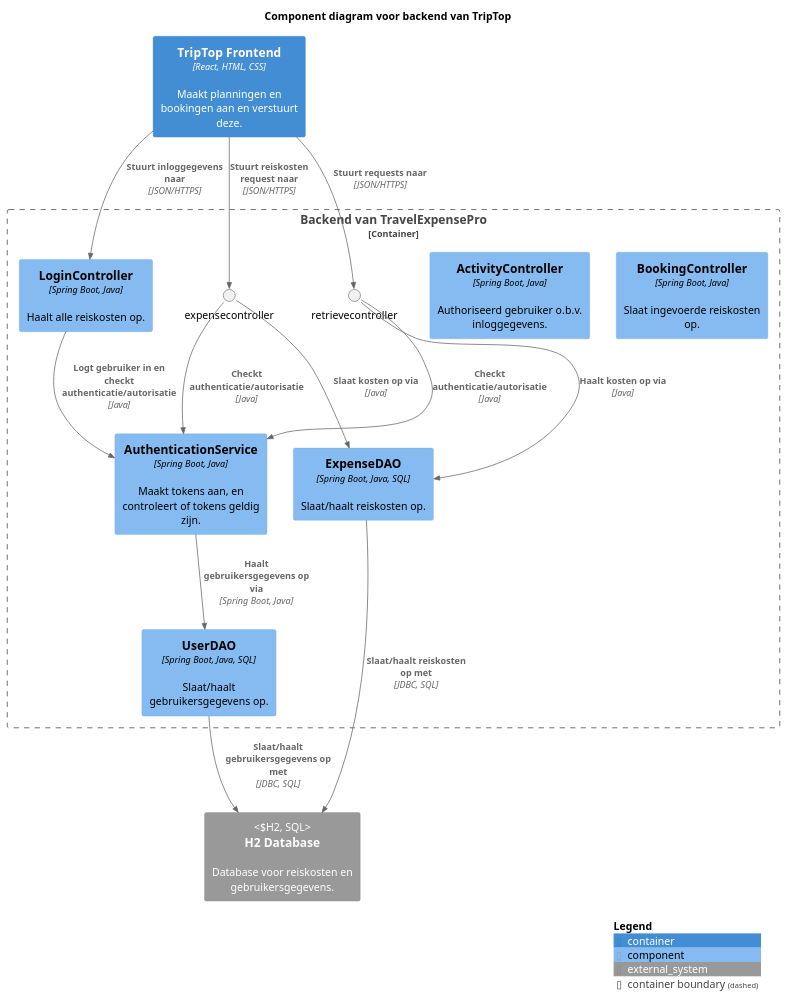
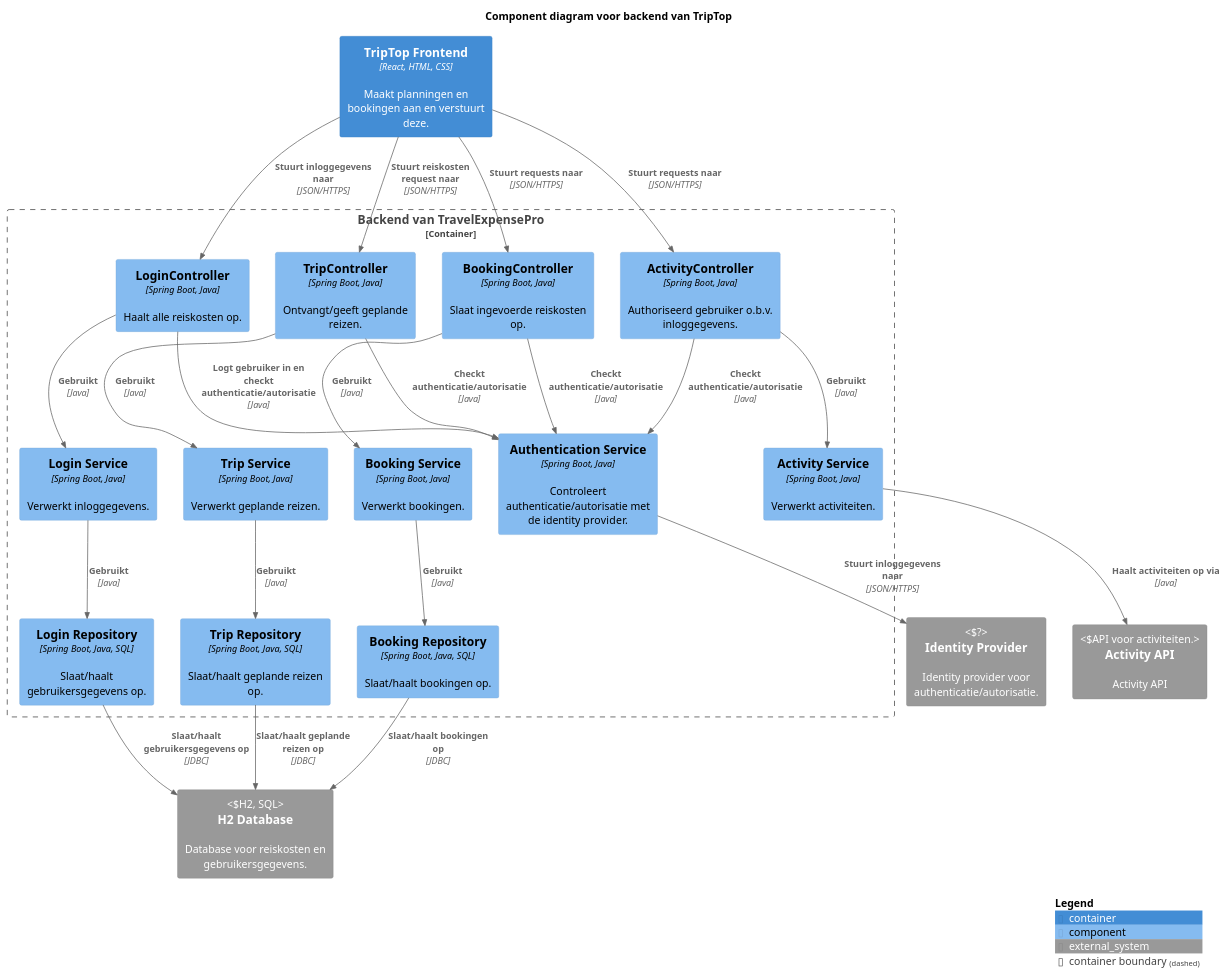
One commit to AIM-ENE-feb25/triptop-groep-b6 changed the diagram in gemaakte-werk-daniel/week-2/les-1/les/TripTop-backend-component.puml. Above: the diagram before and after it, drawn with PlantUML.

Commit message:
backend component diagram voor triptop

```diff
--- a/gemaakte-werk-daniel/week-2/les-1/les/TripTop-backend-component.puml
+++ b/gemaakte-werk-daniel/week-2/les-1/les/TripTop-backend-component.puml
@@ -1,56 +1,61 @@
 @startuml
 !include https://raw.githubusercontent.com/plantuml-stdlib/C4-PlantUML/master/C4_Component.puml
 ' uncomment the following line and comment the first to use locally
 ' !include C4_Component.puml
 
 LAYOUT_WITH_LEGEND()
 
 title Component diagram voor backend van TripTop
 
 Container(frontend, "TripTop Frontend", "React, HTML, CSS", "Maakt planningen en bookingen aan en verstuurt deze.")
 
 Container_Boundary(api, "Backend van TravelExpensePro") {
     Component(bookingcontroller, "BookingController", "Spring Boot, Java", "Slaat ingevoerde reiskosten op.")
     Component(activitycontroller, "ActivityController", "Spring Boot, Java", "Authoriseerd gebruiker o.b.v. inloggegevens.")
     Component(logincontroller, "LoginController", "Spring Boot, Java", "Haalt alle reiskosten op.")
+    Component(tripcontroller, "TripController", "Spring Boot, Java", "Ontvangt/geeft geplande reizen.")
 
-    Component(expensedao, "ExpenseDAO", "Spring Boot, Java, SQL", "Slaat/haalt reiskosten op.")
-    Component(userdao, "UserDAO", "Spring Boot, Java, SQL", "Slaat/haalt gebruikersgegevens op.")
+    Component(bookingsservice, "Booking Service", "Spring Boot, Java", "Verwerkt bookingen.")
+    Component(activityservice, "Activity Service", "Spring Boot, Java", "Verwerkt activiteiten.")
+    Component(loginservice, "Login Service", "Spring Boot, Java", "Verwerkt inloggegevens.")
+    Component(tripsservice, "Trip Service", "Spring Boot, Java", "Verwerkt geplande reizen.")
 
-    Component(authservice, "AuthenticationService", "Spring Boot, Java", "Maakt tokens aan, en controleert of tokens geldig zijn.")
-'    Component(encryptor, "JascryptConfig", "Spring Boot, Java", "Encrypt inloggegevens.")
+    Component(bookingrepo, "Booking Repository", "Spring Boot, Java, SQL", "Slaat/haalt bookingen op.")
+    Component(triprepo, "Trip Repository", "Spring Boot, Java, SQL", "Slaat/haalt geplande reizen op.")
+    Component(loginrepo, "Login Repository", "Spring Boot, Java, SQL", "Slaat/haalt gebruikersgegevens op.")
 
-    Rel(frontend, expensecontroller, "Stuurt reiskosten request naar", "JSON/HTTPS")
-    Rel(frontend, retrievecontroller, "Stuurt requests naar", "JSON/HTTPS")
+    Component(authservice, "Authentication Service", "Spring Boot, Java", "Controleert authenticatie/autorisatie met de identity provider.")
+
+    Rel(frontend, tripcontroller, "Stuurt reiskosten request naar", "JSON/HTTPS")
+    Rel(frontend, bookingcontroller, "Stuurt requests naar", "JSON/HTTPS")
+    Rel(frontend, activitycontroller, "Stuurt requests naar", "JSON/HTTPS")
     Rel(frontend, logincontroller, "Stuurt inloggegevens naar", "JSON/HTTPS")
 
-    Rel(expensecontroller, authservice, "Checkt authenticatie/autorisatie", "Java")
+    Rel(bookingcontroller, bookingsservice, "Gebruikt", "Java")
+    Rel(logincontroller, loginservice, "Gebruikt", "Java")
+    Rel(tripcontroller, tripsservice, "Gebruikt", "Java")
+    Rel(activitycontroller, activityservice, "Gebruikt", "Java")
+
+    Rel(bookingsservice, bookingrepo, "Gebruikt", "Java")
+    Rel(loginservice, loginrepo, "Gebruikt", "Java")
+    Rel(tripsservice, triprepo, "Gebruikt", "Java")
+
+    Rel(bookingcontroller, authservice, "Checkt authenticatie/autorisatie", "Java")
     Rel(logincontroller, authservice, "Logt gebruiker in en checkt authenticatie/autorisatie", "Java")
-    Rel(retrievecontroller, authservice, "Checkt authenticatie/autorisatie", "Java")
+    Rel(tripcontroller, authservice, "Checkt authenticatie/autorisatie", "Java")
+    Rel(activitycontroller, authservice, "Checkt authenticatie/autorisatie", "Java")
+}
+System_Ext(idprovider, "Identity Provider", "Identity provider voor authenticatie/autorisatie.", "?")
+System_Ext(h2, "H2 Database", "Database voor reiskosten en gebruikersgegevens.", "H2, SQL")
+System_Ext(activityapi, Activity API, "Activity API", "API voor activiteiten.", "REST")
 
-    Rel(expensecontroller, expensedao, "Slaat kosten op via", "Java")
-'    Rel(expensecontroller, "expenserowmapper", "Mapt kosten met", "Java")
+Rel(bookingrepo, h2, "Slaat/haalt bookingen op", "JDBC")
+Rel(triprepo, h2, "Slaat/haalt geplande reizen op", "JDBC")
+Rel(loginrepo, h2, "Slaat/haalt gebruikersgegevens op", "JDBC")
+Rel(activityservice, activityapi, "Haalt activiteiten op via", "Java")
 
-    Rel(retrievecontroller, expensedao, "Haalt kosten op via", "Java")
+Rel(authservice, idprovider, "Stuurt inloggegevens naar", "JSON/HTTPS")
 
-
-    Rel(authservice, userdao, "Haalt gebruikersgegevens op via", "Spring Boot, Java")
-'    Rel(authservice, userrowmapper, "Mapt gebruikersgegevens met", "Java")
-'    Rel(authservice, hashrowmapper, "Mapt hash met", "Java")
-'    Rel(authservice, encryptor, "Encrypteert inloggegevens", "Java")
-
-'    Rel(expensecontroller, expense, "Gebruikt", "Java")
-'    Rel(expensedao, expense, "Gebruikt", "Java")
-'
-'    Rel(logincontroller, userdao, "Haalt gebruiker op via", "Java")
-'    Rel(logincontroller, user, "Gebruikt", "Java")
-
-}
-
-
-System_Ext(h2, "H2 Database", "Database voor reiskosten en gebruikersgegevens.", "H2, SQL")
-Rel(expensedao, h2, "Slaat/haalt reiskosten op met", "JDBC, SQL")
-Rel(userdao, h2, "Slaat/haalt gebruikersgegevens op met", "JDBC, SQL")
 
 SHOW_LEGEND()
 @enduml
```
